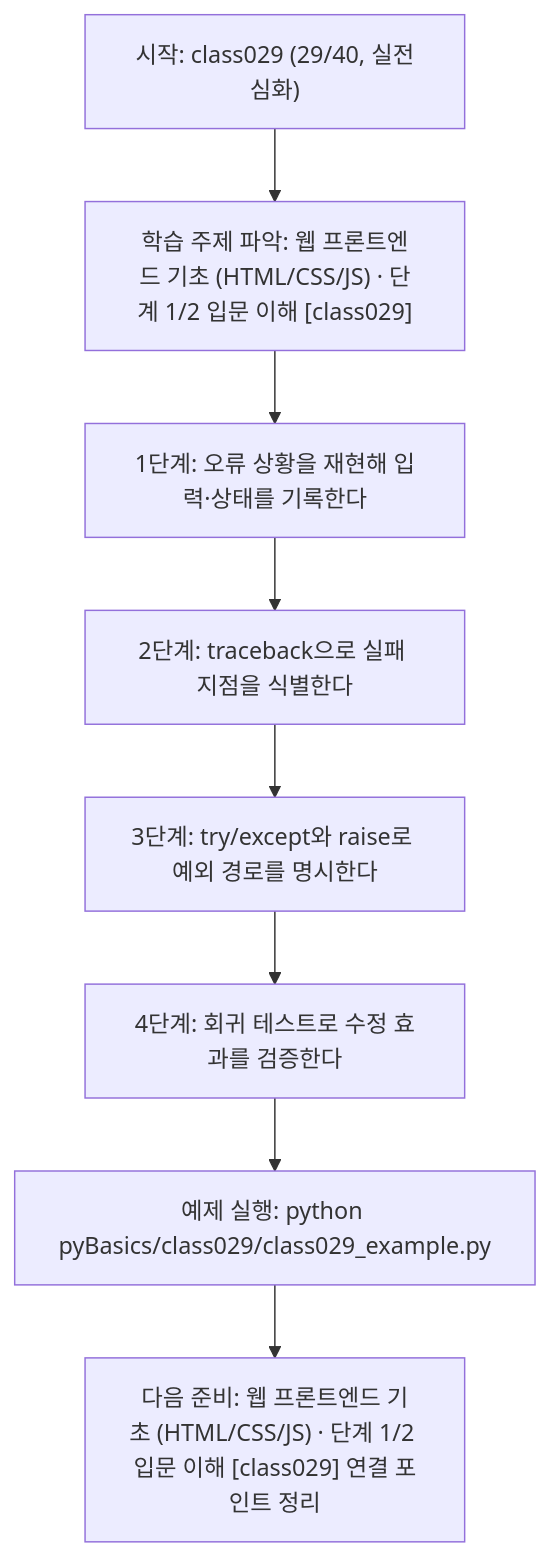
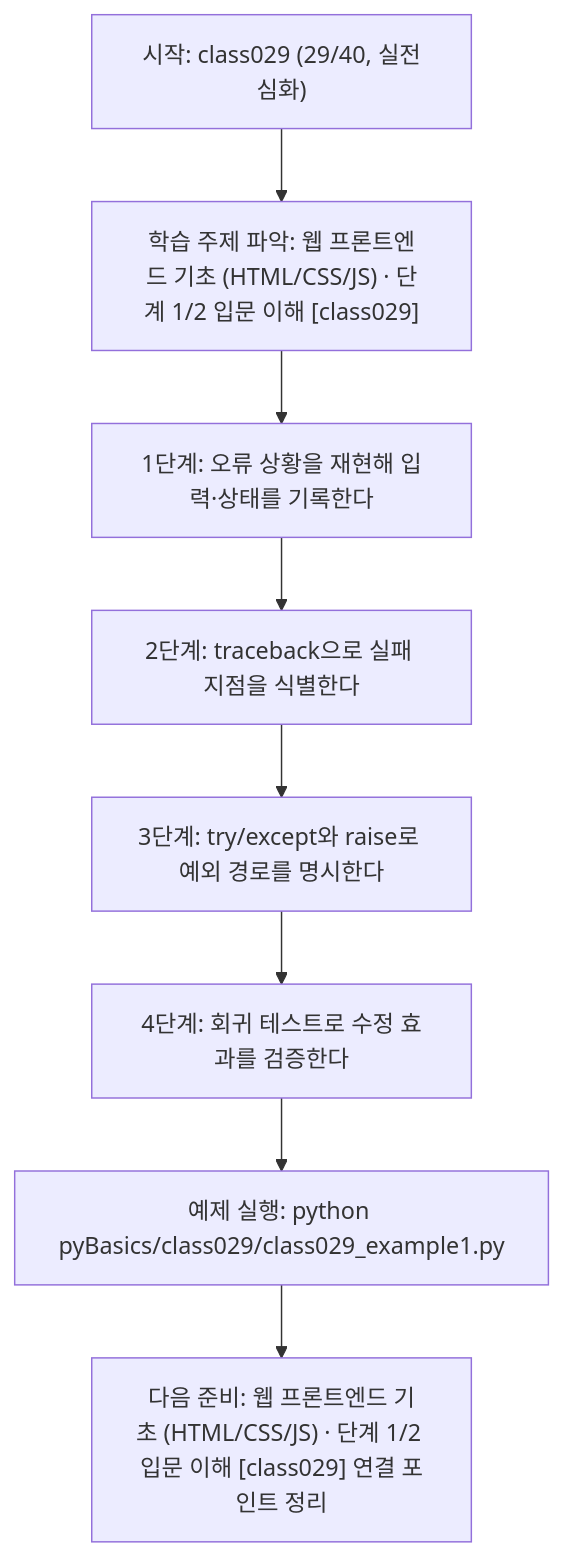
Before and after one commit to edumgt/Python-AI_Agent-Class: the diagram in pyBasics/class029/class029.md, drawn with Mermaid. The commit also changed other lines of this file and 2959 other files, not shown here.

````diff
--- a/pyBasics/class029/class029.md
+++ b/pyBasics/class029/class029.md
@@ -108,18 +108,18 @@
 ```mermaid
 flowchart TD
 N1["시작: class029 (29/40, 실전심화)"]
 N2["학습 주제 파악: 웹 프론트엔드 기초 (HTML/CSS/JS) · 단계 1/2 입문 이해 [class029]"]
 N3["1단계: 오류 상황을 재현해 입력·상태를 기록한다"]
 N4["2단계: traceback으로 실패 지점을 식별한다"]
 N5["3단계: try/except와 raise로 예외 경로를 명시한다"]
 N6["4단계: 회귀 테스트로 수정 효과를 검증한다"]
-N7["예제 실행: python pyBasics/class029/class029_example.py"]
+N7["예제 실행: python pyBasics/class029/class029_example1.py"]
 N8["다음 준비: 웹 프론트엔드 기초 (HTML/CSS/JS) · 단계 1/2 입문 이해 [class029] 연결 포인트 정리"]
 N1 --> N2
 N2 --> N3
 N3 --> N4
 N4 --> N5
 N5 --> N6
 N6 --> N7
 N7 --> N8
 ```
````
